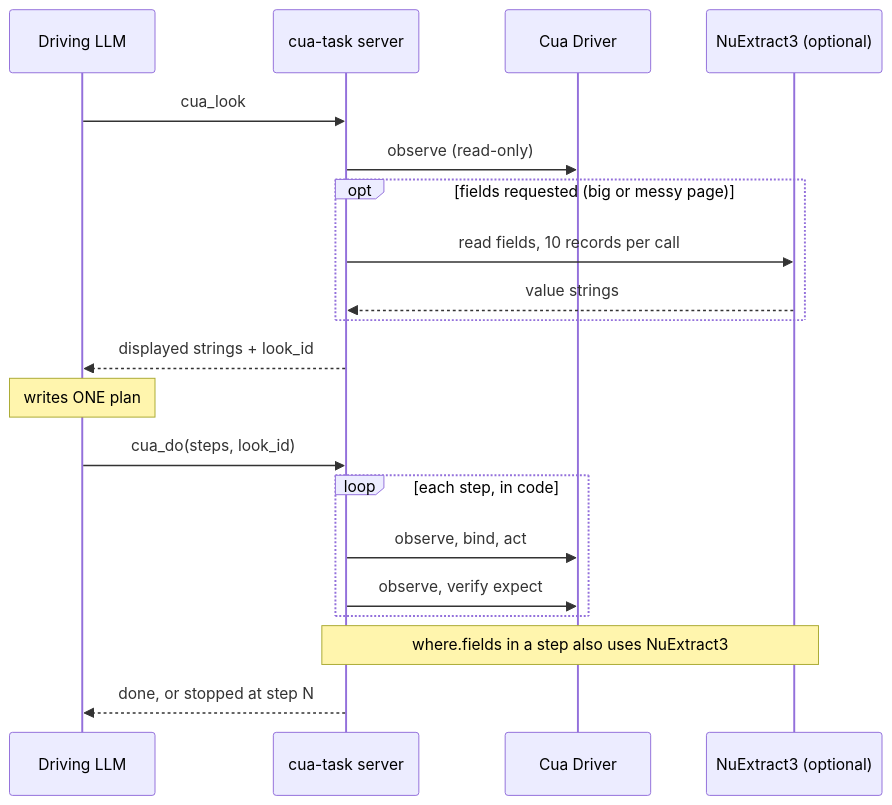
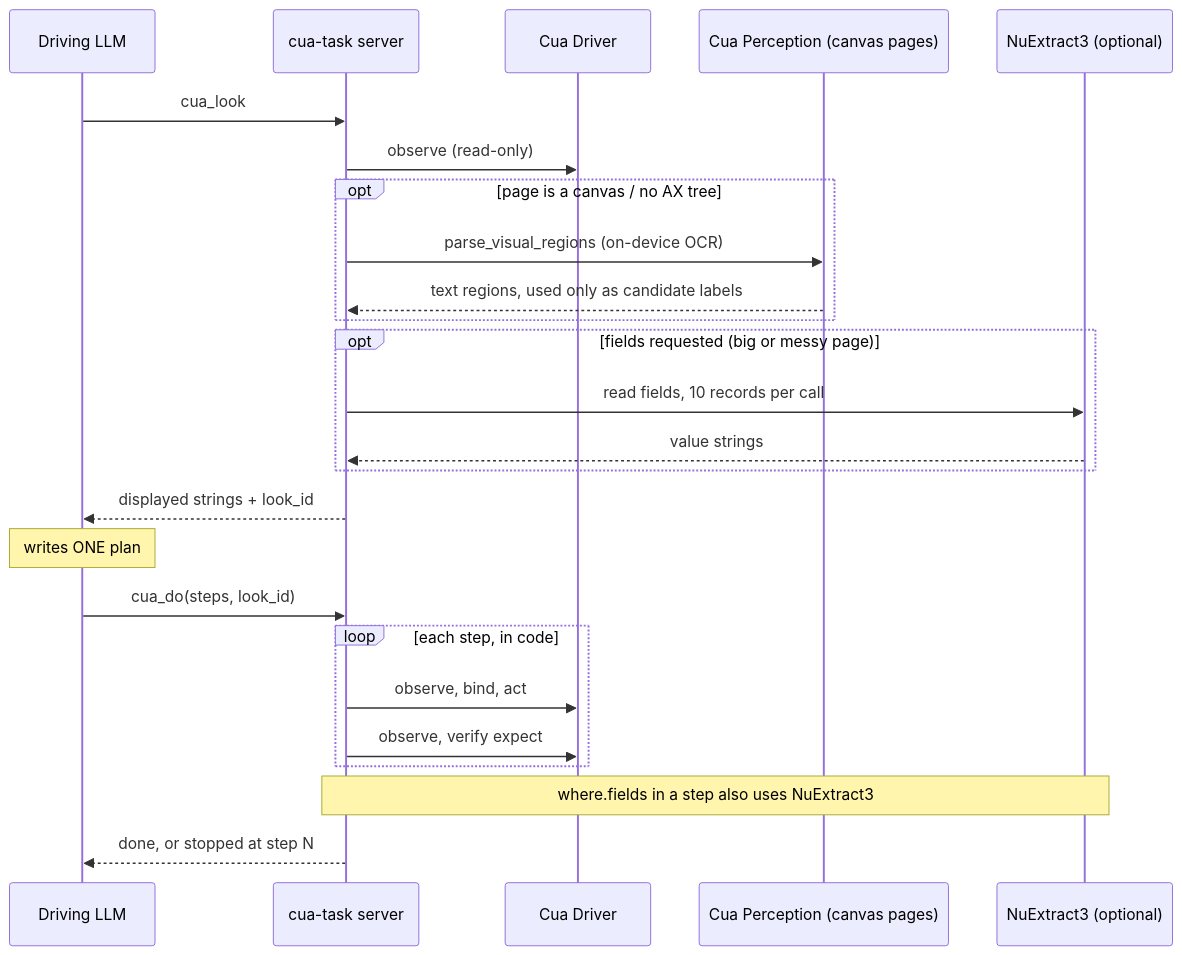
One commit to open-horizon-labs/computer-use changed the diagram in README.md. Above: the diagram before and after it, drawn with Mermaid.

Commit message:
docs(readme): show Cua Perception for canvas pages in the slim diagram

````diff
--- a/README.md
+++ b/README.md
@@ -35,22 +35,27 @@
 ```mermaid
 sequenceDiagram
     participant L as Driving LLM
     participant S as cua-task server
     participant D as Cua Driver
+    participant P as Cua Perception (canvas pages)
     participant N as NuExtract3 (optional)
     L->>S: cua_look
     S->>D: observe (read-only)
+    opt page is a canvas / no AX tree
+        S->>P: parse_visual_regions (on-device OCR)
+        P-->>S: text regions, used only as candidate labels
+    end
     opt fields requested (big or messy page)
         S->>N: read fields, 10 records per call
         N-->>S: value strings
     end
     S-->>L: displayed strings + look_id
     Note over L: writes ONE plan
     L->>S: cua_do(steps, look_id)
     loop each step, in code
         S->>D: observe, bind, act
         S->>D: observe, verify expect
     end
     Note over S,N: where.fields in a step also uses NuExtract3
     S-->>L: done, or stopped at step N
 ```
````
